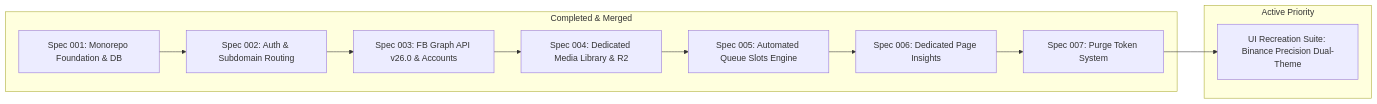
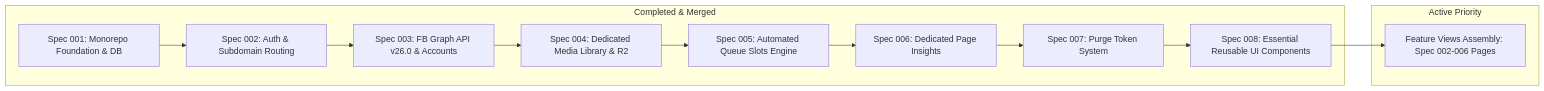
The second of 2 diagrams in docs/foundational-knowledge.md (Velocta/fbuploadpro), drawn with Mermaid before and after one commit. The commit also changed other lines of this file and 43 other files, not shown here.

Commit message:
feat(ui): implement essential reusable UI component suite and showroom sandbox (Spec 008)

````diff
--- a/docs/foundational-knowledge.md
+++ b/docs/foundational-knowledge.md
@@ -168,18 +168,19 @@
 ```mermaid
 flowchart LR
   subgraph Done [Completed & Merged]
     M1[Spec 001: Monorepo Foundation & DB]
     M2[Spec 002: Auth & Subdomain Routing]
     M3[Spec 003: FB Graph API v26.0 & Accounts]
     M4[Spec 004: Dedicated Media Library & R2]
     M5[Spec 005: Automated Queue Slots Engine]
     M6[Spec 006: Dedicated Page Insights]
     M7[Spec 007: Purge Token System]
+    M8[Spec 008: Essential Reusable UI Components]
   end
 
   subgraph CurrentFocus [Active Priority]
-    UIRecreate[UI Recreation Suite: Binance Precision Dual-Theme]
+    UIRecreate[Feature Views Assembly: Spec 002-006 Pages]
   end
 
-  M1 --> M2 --> M3 --> M4 --> M5 --> M6 --> M7 --> UIRecreate
+  M1 --> M2 --> M3 --> M4 --> M5 --> M6 --> M7 --> M8 --> UIRecreate
 ```
````
